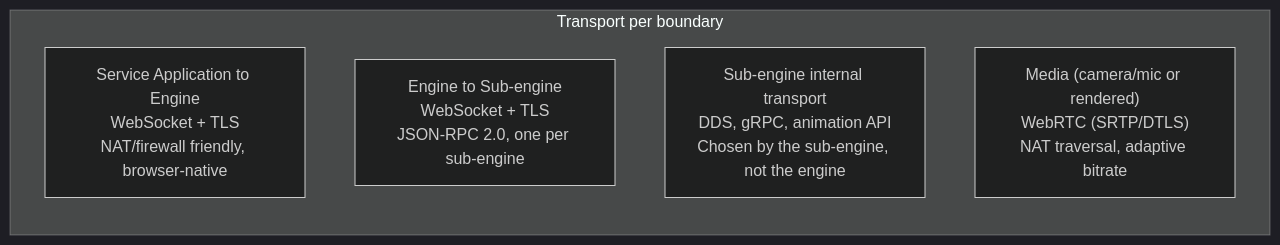
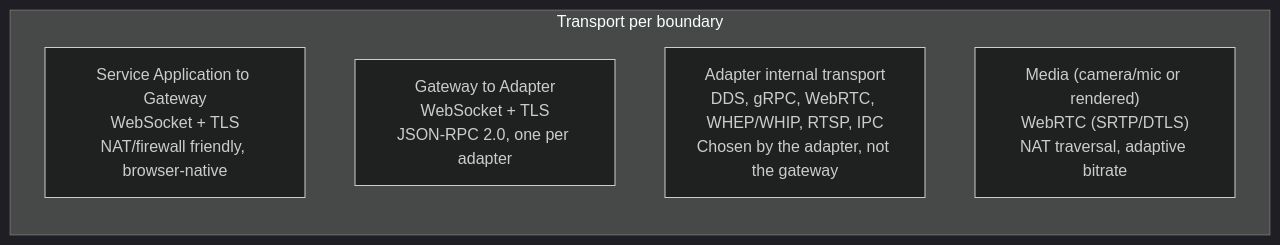
One commit to openrois/openrois changed diagram 14 of 18 in docs/white-paper.md. Above: the diagram before and after it, drawn with Mermaid (dark theme). The commit also changed other lines of this file and 7 other files, not shown here.

First line of the commit message:
docs: rewrite architecture, roadmap, and white paper to recursive engine model

````diff
--- a/docs/white-paper.md
+++ b/docs/white-paper.md
@@ -1382,10 +1523,10 @@
 ```mermaid
 flowchart LR
     subgraph Boundaries["Transport per boundary"]
         direction TB
-        B1["Service Application to Engine<br/>WebSocket + TLS<br/>NAT/firewall friendly, browser-native"]
-        B2["Engine to Sub-engine<br/>WebSocket + TLS<br/>JSON-RPC 2.0, one per sub-engine"]
-        B3["Sub-engine internal transport<br/>DDS, gRPC, animation API<br/>Chosen by the sub-engine, not the engine"]
+        B1["Service Application to Gateway<br/>WebSocket + TLS<br/>NAT/firewall friendly, browser-native"]
+        B2["Gateway to Adapter<br/>WebSocket + TLS<br/>JSON-RPC 2.0, one per adapter"]
+        B3["Adapter internal transport<br/>DDS, gRPC, WebRTC, WHEP/WHIP, RTSP, IPC<br/>Chosen by the adapter, not the gateway"]
         B4["Media (camera/mic or rendered)<br/>WebRTC (SRTP/DTLS)<br/>NAT traversal, adaptive bitrate"]
     end
 ```
````
